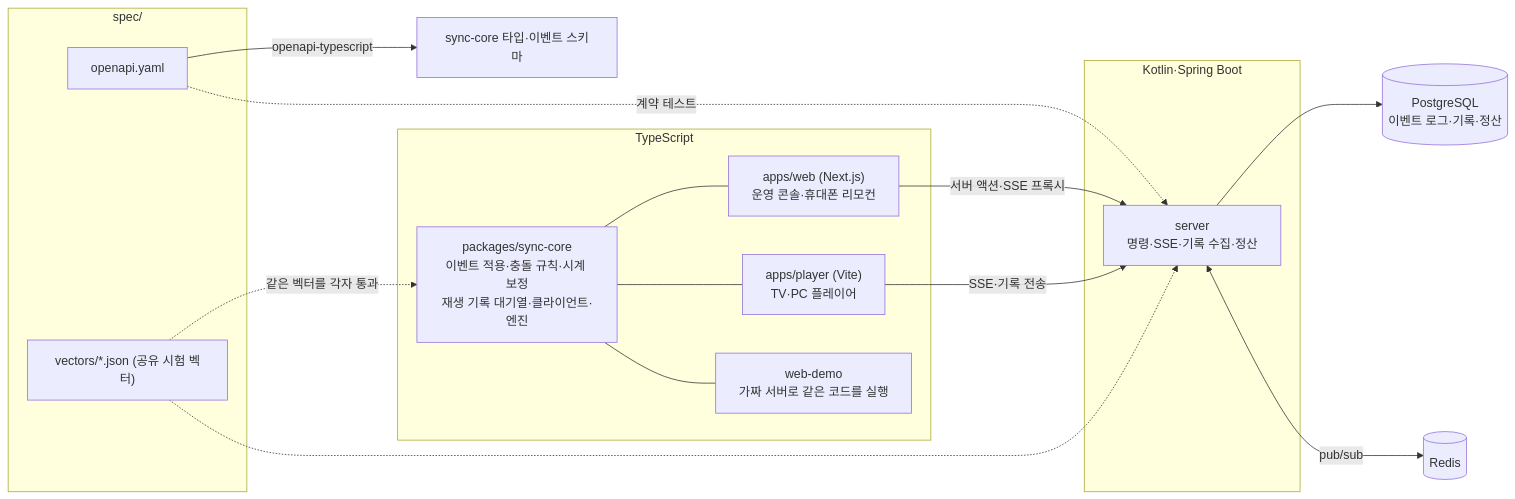
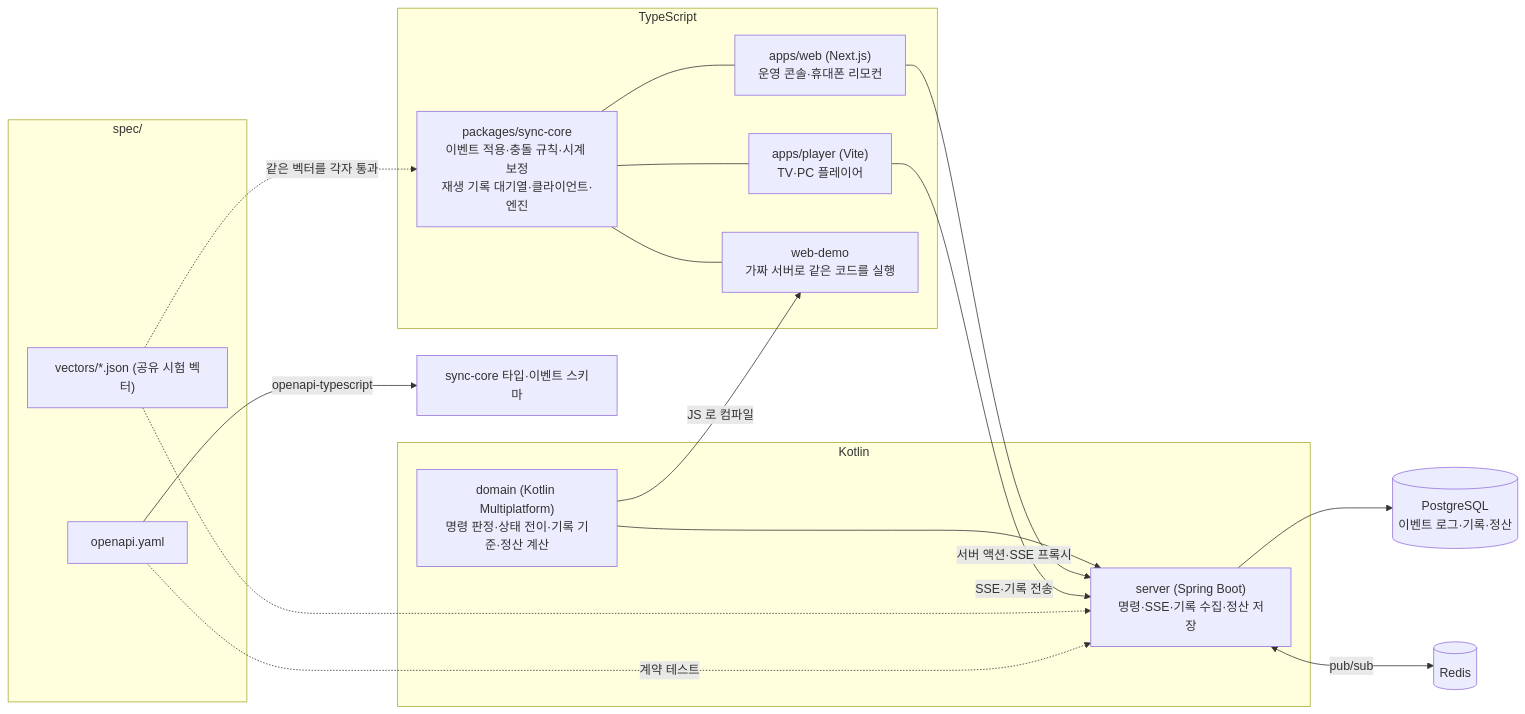
Before and after one commit to choibongseok/screenloop: the diagram in README.md, drawn with Mermaid. The commit also changed other lines of this file and 63 other files, not shown here.

First line of the commit message:
feat(domain): 서버 도메인을 Kotlin Multiplatform 으로 옮겨 JVM 서버와 데모 사이트가 같은 코드를 쓰게 함

````diff
--- a/README.md
+++ b/README.md
@@ -25,25 +29,28 @@
 ```mermaid
 flowchart LR
   subgraph spec["spec/"]
     OA["openapi.yaml"]
     VEC["vectors/*.json (공유 시험 벡터)"]
   end
   OA -->|openapi-typescript| TYPES["sync-core 타입·이벤트 스키마"]
   subgraph TS["TypeScript"]
     CORE["packages/sync-core<br/>이벤트 적용·충돌 규칙·시계 보정<br/>재생 기록 대기열·클라이언트·엔진"]
     WEB["apps/web (Next.js)<br/>운영 콘솔·휴대폰 리모컨"]
     PLAYER["apps/player (Vite)<br/>TV·PC 플레이어"]
     DEMO["web-demo<br/>가짜 서버로 같은 코드를 실행"]
     CORE --- WEB & PLAYER & DEMO
   end
-  subgraph KT["Kotlin·Spring Boot"]
-    API["server<br/>명령·SSE·기록 수집·정산"]
+  subgraph KT["Kotlin"]
+    DOM["domain (Kotlin Multiplatform)<br/>명령 판정·상태 전이·기록 기준·정산 계산"]
+    API["server (Spring Boot)<br/>명령·SSE·기록 수집·정산 저장"]
+    DOM --> API
   end
+  DOM -->|JS 로 컴파일| DEMO
   WEB -->|서버 액션·SSE 프록시| API
   PLAYER -->|SSE·기록 전송| API
   API --> PG[("PostgreSQL<br/>이벤트 로그·기록·정산")]
   API <-->|pub/sub| RD[("Redis")]
   VEC -.->|같은 벡터를 각자 통과| CORE
   VEC -.-> API
   OA -.->|계약 테스트| API
 ```
````
